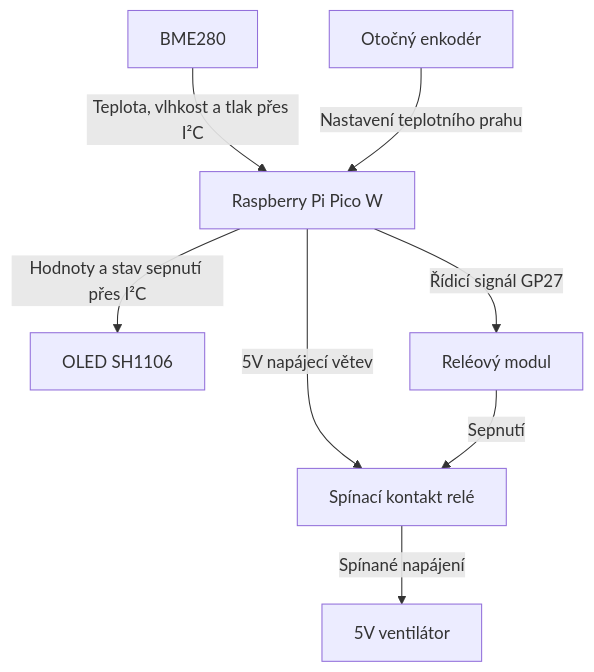
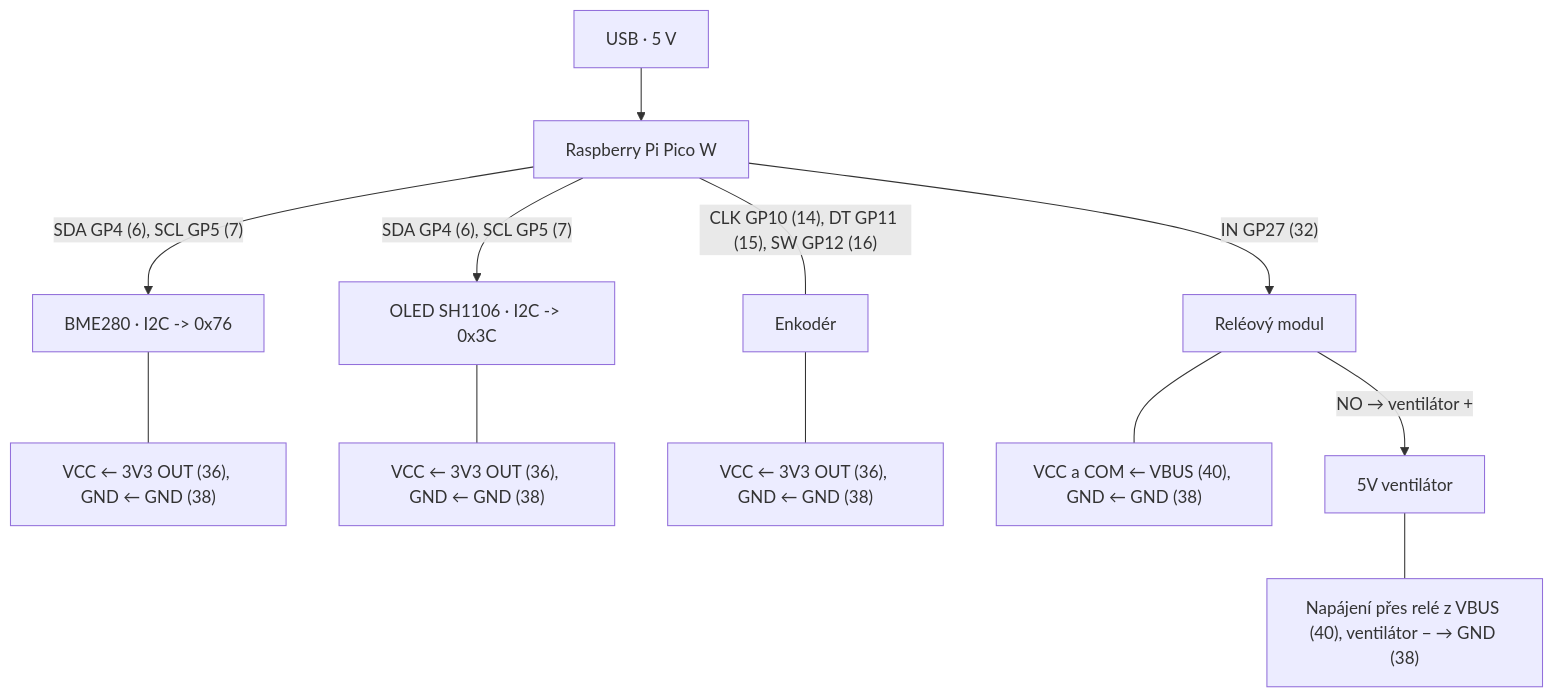
One commit to matyskovo-Git/smart-greenhouse-project changed the diagram in README.md. Above: the diagram before and after it, drawn with Mermaid. The commit also changed other lines of this file, not shown here.

````diff
--- a/README.md
+++ b/README.md
@@ -52,10 +78,17 @@
 ```mermaid
 flowchart TD
-    BME["BME280"] -->|"Teplota, vlhkost a tlak přes I²C"| PICO["Raspberry Pi Pico W"]
-    ENCODER["Otočný enkodér"] -->|"Nastavení teplotního prahu"| PICO
-    PICO -->|"Hodnoty a stav sepnutí přes I²C"| OLED["OLED SH1106"]
-    PICO -->|"Řídicí signál GP27"| RELAY["Reléový modul"]
-    PICO -->|"5V napájecí větev"| CONTACT["Spínací kontakt relé"]
-    RELAY -->|"Sepnutí"| CONTACT
-    CONTACT -->|"Spínané napájení"| FAN["5V ventilátor"]
+    USB["USB · 5 V"] --> PICO["Raspberry Pi Pico W"]
+
+    PICO -->|"SDA GP4 (6), SCL GP5 (7)"| BME["BME280 · I2C -> 0x76"]
+    PICO -->|"SDA GP4 (6), SCL GP5 (7)"| OLED["OLED SH1106 · I2C -> 0x3C"]
+    PICO ---|"CLK GP10 (14), DT GP11 (15), SW GP12 (16)"| ENC["Enkodér"]
+    PICO -->|"IN GP27 (32)"| RELAY["Reléový modul"]
+
+    BME --- BMESUP["VCC ← 3V3 OUT (36), GND ← GND (38)"]
+    OLED --- OLEDSUP["VCC ← 3V3 OUT (36), GND ← GND (38)"]
+    ENC --- ENCSUP["VCC ← 3V3 OUT (36), GND ← GND (38)"]
+    RELAY --- RELAYSUP["VCC a COM ← VBUS (40), GND ← GND (38)"]
+
+    RELAY -->|"NO → ventilátor +"| FAN["5V ventilátor"]
+    FAN --- FANSUP["Napájení přes relé z VBUS (40), ventilátor − → GND (38)"]
 ```
````
